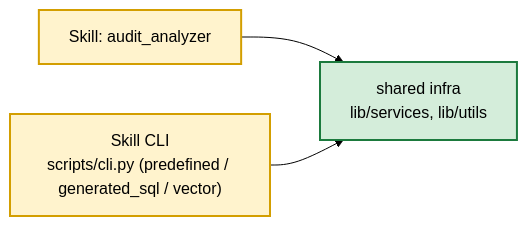
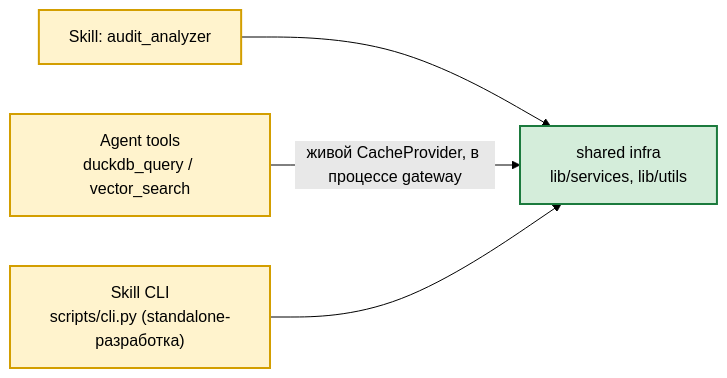
Before and after one commit to AlexEgorov85/workspaces_nanobot: the diagram in docs/skill-tool-inventory.md, drawn with Mermaid (forest theme). The commit also changed other lines of this file and 10 other files, not shown here.

````diff
--- a/docs/skill-tool-inventory.md
+++ b/docs/skill-tool-inventory.md
@@ -67,9 +88,10 @@
 ```mermaid
 flowchart LR
     SKILL["Skill: audit_analyzer"] --> INFRA["shared infra<br/>lib/services, lib/utils"]
-    CLI["Skill CLI<br/>scripts/cli.py (predefined / generated_sql / vector)"] --> INFRA
+    TOOLS["Agent tools<br/>duckdb_query / vector_search"] -->|живой CacheProvider, в процессе gateway| INFRA
+    CLI["Skill CLI<br/>scripts/cli.py (standalone-разработка)"] --> INFRA
     classDef core fill:#fff3cd,stroke:#d39e00,stroke-width:2px
     classDef infra fill:#d4edda,stroke:#1b7a3d,stroke-width:2px
-    class SKILL,CLI core
+    class SKILL,TOOLS,CLI core
     class INFRA infra
 ```
````
